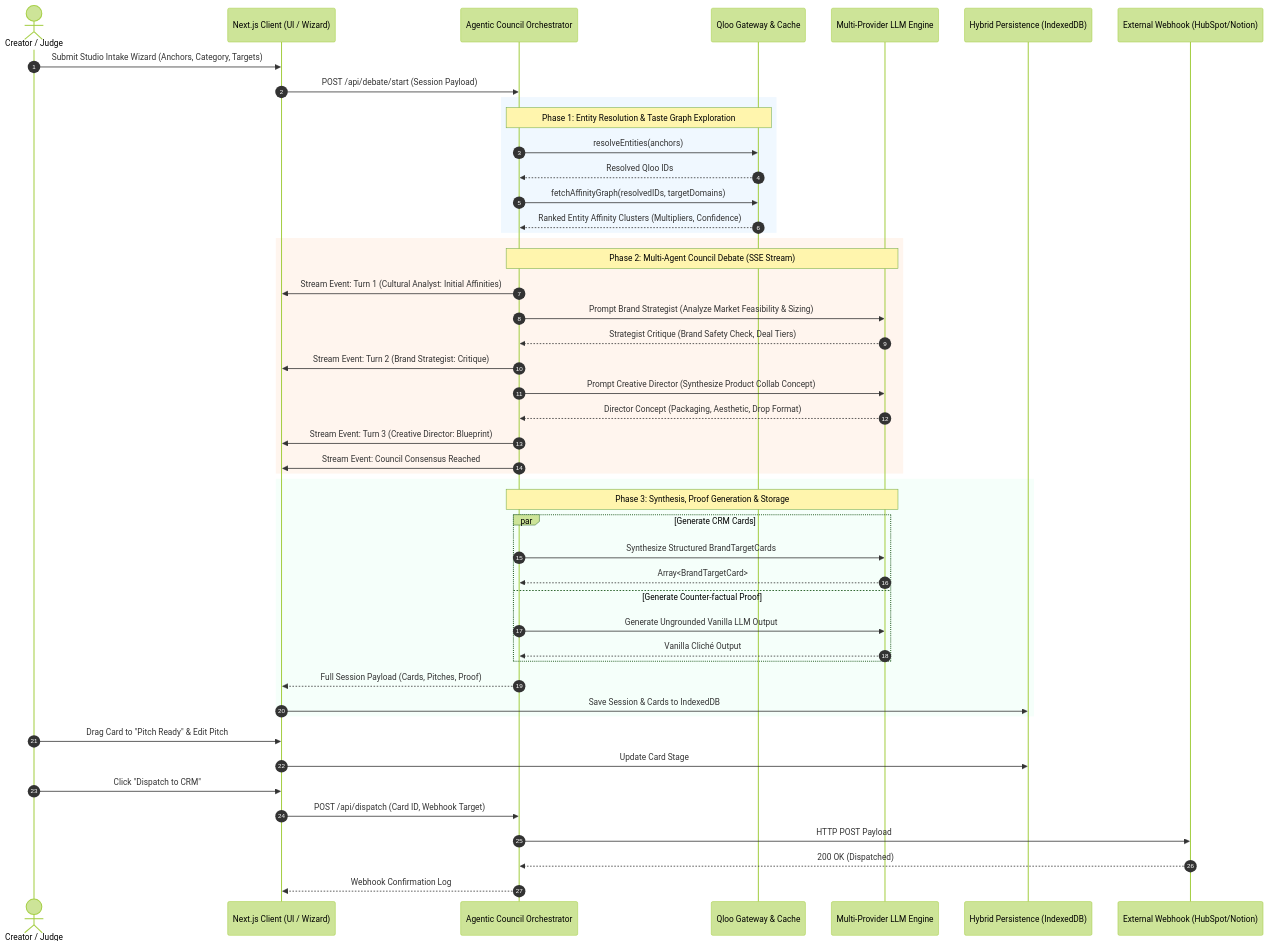
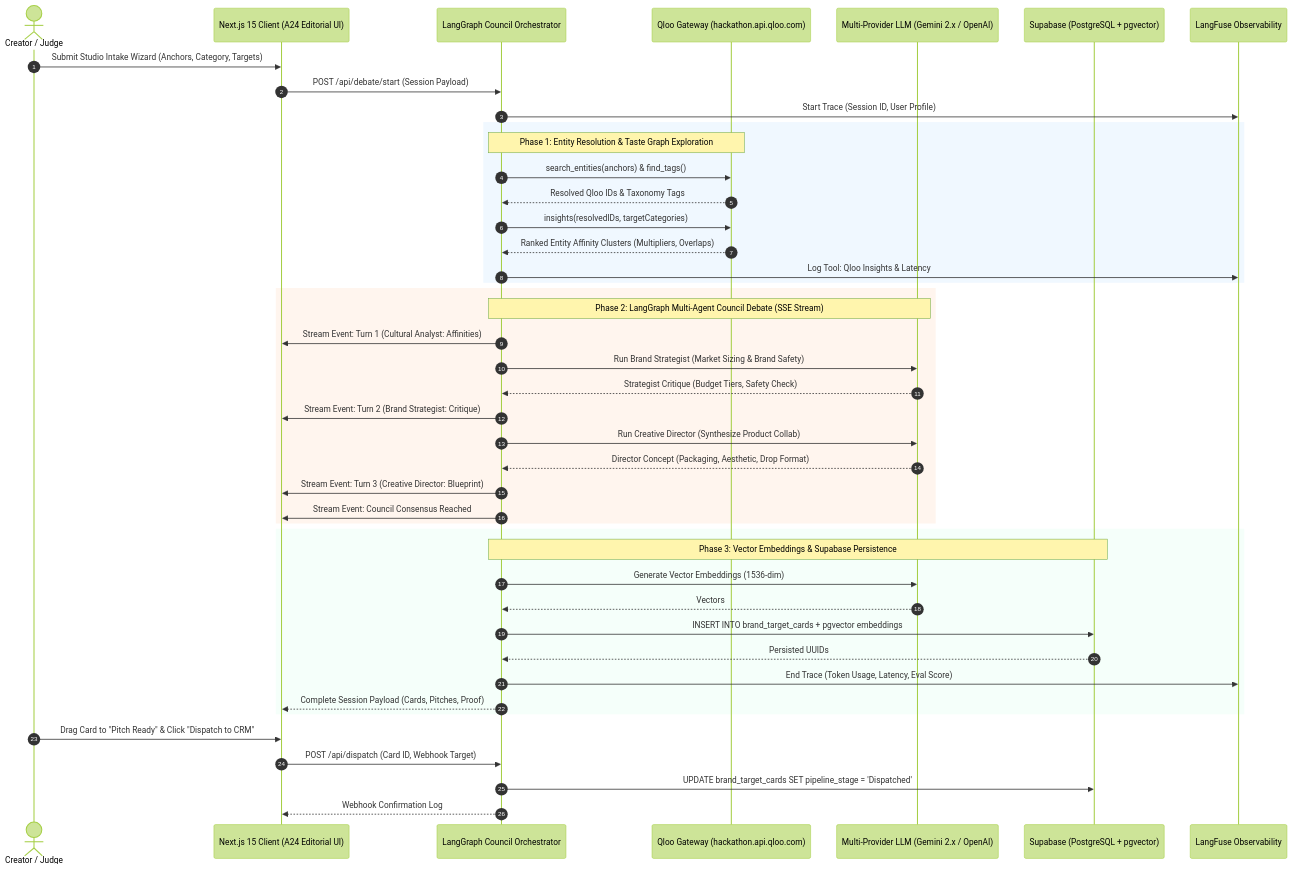
The first of 3 diagrams in docs/ARCHITECTURE.md (masbroustudio/VenturePulse), drawn with Mermaid (forest theme) before and after one commit. The commit also changed other lines of this file and 4 other files, not shown here.

Commit message:
fix: integrate Supabase pgvector, LangGraph, LangFuse, DeepEval, fix Qloo hackathon gateway URL and dual auth

````diff
--- a/docs/ARCHITECTURE.md
+++ b/docs/ARCHITECTURE.md
@@ -19,55 +20,51 @@
 ```mermaid
 sequenceDiagram
     autonumber
     actor User as Creator / Judge
-    participant UI as Next.js Client (UI / Wizard)
-    participant Orch as Agentic Council Orchestrator
-    participant Qloo as Qloo Gateway & Cache
-    participant LLM as Multi-Provider LLM Engine
-    participant Store as Hybrid Persistence (IndexedDB)
-    participant CRM as External Webhook (HubSpot/Notion)
+    participant UI as Next.js 15 Client (A24 Editorial UI)
+    participant LG as LangGraph Council Orchestrator
+    participant Qloo as Qloo Gateway (hackathon.api.qloo.com)
+    participant LLM as Multi-Provider LLM (Gemini 2.x / OpenAI)
+    participant Supa as Supabase (PostgreSQL + pgvector)
+    participant Fuse as LangFuse Observability
 
     User->>UI: Submit Studio Intake Wizard (Anchors, Category, Targets)
-    UI->>Orch: POST /api/debate/start (Session Payload)
+    UI->>LG: POST /api/debate/start (Session Payload)
+    LG->>Fuse: Start Trace (Session ID, User Profile)
     
     rect rgb(240, 248, 255)
-        note over Orch,Qloo: Phase 1: Entity Resolution & Taste Graph Exploration
-        Orch->>Qloo: resolveEntities(anchors)
-        Qloo-->>Orch: Resolved Qloo IDs
-        Orch->>Qloo: fetchAffinityGraph(resolvedIDs, targetDomains)
-        Qloo-->>Orch: Ranked Entity Affinity Clusters (Multipliers, Confidence)
+        note over LG,Qloo: Phase 1: Entity Resolution & Taste Graph Exploration
+        LG->>Qloo: search_entities(anchors) & find_tags()
+        Qloo-->>LG: Resolved Qloo IDs & Taxonomy Tags
+        LG->>Qloo: insights(resolvedIDs, targetCategories)
+        Qloo-->>LG: Ranked Entity Affinity Clusters (Multipliers, Overlaps)
+        LG->>Fuse: Log Tool: Qloo Insights & Latency
     end
 
     rect rgb(255, 245, 238)
-        note over Orch,LLM: Phase 2: Multi-Agent Council Debate (SSE Stream)
-        Orch->>UI: Stream Event: Turn 1 (Cultural Analyst: Initial Affinities)
-        Orch->>LLM: Prompt Brand Strategist (Analyze Market Feasibility & Sizing)
-        LLM-->>Orch: Strategist Critique (Brand Safety Check, Deal Tiers)
-        Orch->>UI: Stream Event: Turn 2 (Brand Strategist: Critique)
-        Orch->>LLM: Prompt Creative Director (Synthesize Product Collab Concept)
-        LLM-->>Orch: Director Concept (Packaging, Aesthetic, Drop Format)
-        Orch->>UI: Stream Event: Turn 3 (Creative Director: Blueprint)
-        Orch->>UI: Stream Event: Council Consensus Reached
+        note over LG,LLM: Phase 2: LangGraph Multi-Agent Council Debate (SSE Stream)
+        LG->>UI: Stream Event: Turn 1 (Cultural Analyst: Affinities)
+        LG->>LLM: Run Brand Strategist (Market Sizing & Brand Safety)
+        LLM-->>LG: Strategist Critique (Budget Tiers, Safety Check)
+        LG->>UI: Stream Event: Turn 2 (Brand Strategist: Critique)
+        LG->>LLM: Run Creative Director (Synthesize Product Collab)
+        LLM-->>LG: Director Concept (Packaging, Aesthetic, Drop Format)
+        LG->>UI: Stream Event: Turn 3 (Creative Director: Blueprint)
+        LG->>UI: Stream Event: Council Consensus Reached
     end
 
     rect rgb(245, 255, 250)
-        note over Orch,LLM: Phase 3: Synthesis, Proof Generation & Storage
-        par Generate CRM Cards
-            Orch->>LLM: Synthesize Structured BrandTargetCards
-            LLM-->>Orch: Array<BrandTargetCard>
-        and Generate Counter-factual Proof
-            Orch->>LLM: Generate Ungrounded Vanilla LLM Output
-            LLM-->>Orch: Vanilla Cliché Output
-        end
-        Orch-->>UI: Full Session Payload (Cards, Pitches, Proof)
-        UI->>Store: Save Session & Cards to IndexedDB
+        note over LG,Supa: Phase 3: Vector Embeddings & Supabase Persistence
+        LG->>LLM: Generate Vector Embeddings (1536-dim)
+        LLM-->>LG: Vectors
+        LG->>Supa: INSERT INTO brand_target_cards + pgvector embeddings
+        Supa-->>LG: Persisted UUIDs
+        LG->>Fuse: End Trace (Token Usage, Latency, Eval Score)
+        LG-->>UI: Complete Session Payload (Cards, Pitches, Proof)
     end
 
-    User->>UI: Drag Card to "Pitch Ready" & Edit Pitch
-    UI->>Store: Update Card Stage
-    User->>UI: Click "Dispatch to CRM"
-    UI->>Orch: POST /api/dispatch (Card ID, Webhook Target)
-    Orch->>CRM: HTTP POST Payload
-    CRM-->>Orch: 200 OK (Dispatched)
-    Orch-->>UI: Webhook Confirmation Log
+    User->>UI: Drag Card to "Pitch Ready" & Click "Dispatch to CRM"
+    UI->>LG: POST /api/dispatch (Card ID, Webhook Target)
+    LG->>Supa: UPDATE brand_target_cards SET pipeline_stage = 'Dispatched'
+    LG-->>UI: Webhook Confirmation Log
 ```
````
